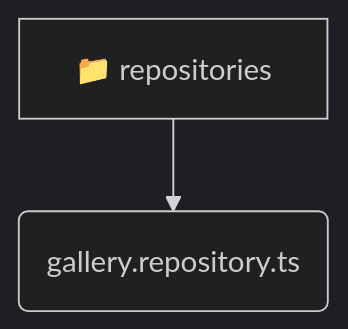
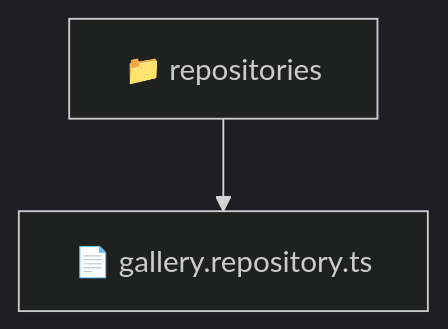
The diagram in backend/src/modules/gallery/infrastructure/repositories/README.md (beginwebdev2002/fullstack-mavluda), drawn with Mermaid (dark theme) before and after one commit. The commit also changed other lines of this file and 163 other files, not shown here.

````diff
--- a/backend/src/modules/gallery/infrastructure/repositories/README.md
+++ b/backend/src/modules/gallery/infrastructure/repositories/README.md
@@ -9,5 +10,5 @@
 ```mermaid
 graph TD
-  repositories[📁 repositories]
-  repositories --> repositories_gallery_repository_ts(gallery.repository.ts)
+  Root["📁 repositories"]
+  Root --> galleryrepositoryts["📄 gallery.repository.ts"]
 ```
````
